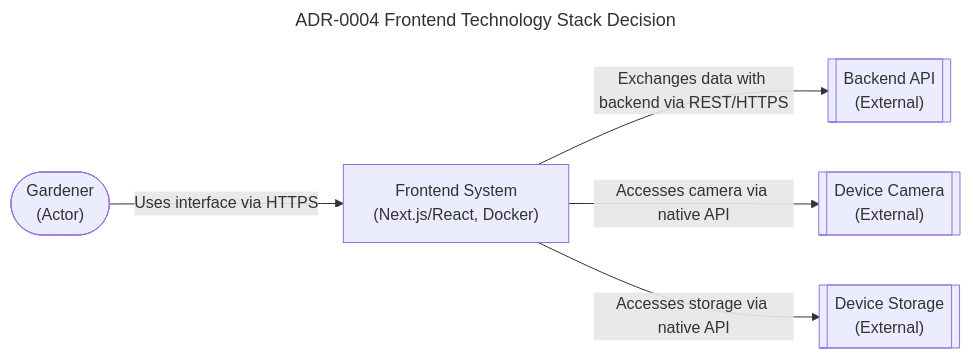
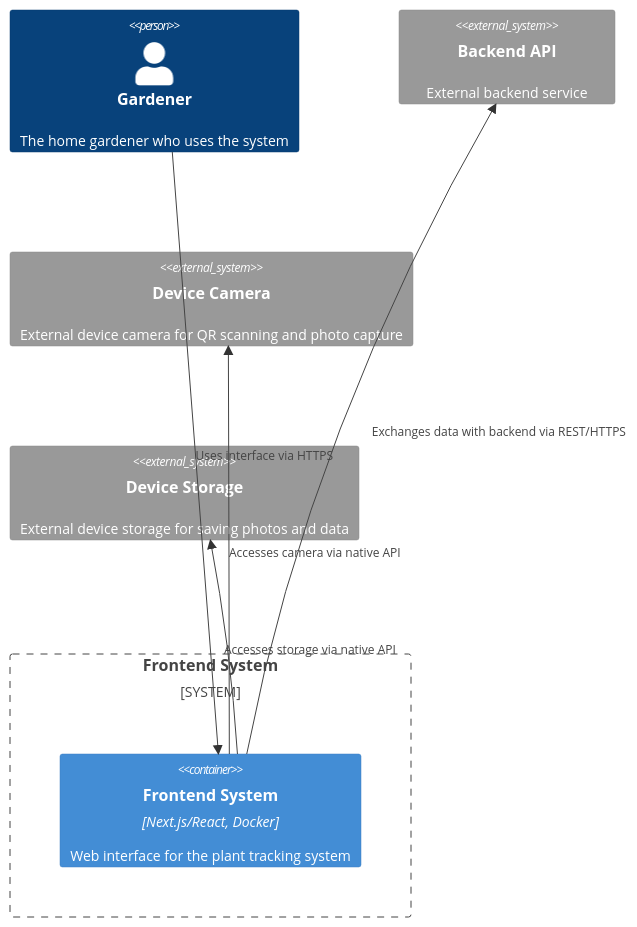
Before and after one commit to geraldthewes/plant-tracking: the diagram in knowledge/architecture/decisions/ADR-0004-frontend-technology-stack.md, drawn with Mermaid. The commit also changed other lines of this file and 12 other files, not shown here.

````diff
--- a/knowledge/architecture/decisions/ADR-0004-frontend-technology-stack.md
+++ b/knowledge/architecture/decisions/ADR-0004-frontend-technology-stack.md
@@ -81,16 +81,18 @@
 ```mermaid
 ---
 title: ADR-0004 Frontend Technology Stack Decision
 ---
-flowchart LR
-    gardener(["Gardener\n(Actor)"])
-    frontend["Frontend System\n(Next.js/React, Docker)"]
-    backend[["Backend API\n(External)"]]
-    camera[["Device Camera\n(External)"]]
-    storage[["Device Storage\n(External)"]]
+C4Container
+    Person(gardener, "Gardener", "The home gardener who uses the system")
+    System_Boundary(frontend_system, "Frontend System") {
+        Container(frontend_app, "Frontend System", "Next.js/React, Docker", "Web interface for the plant tracking system")
+    }
+    System_Ext(backend_api, "Backend API", "External backend service")
+    System_Ext(device_camera, "Device Camera", "External device camera for QR scanning and photo capture")
+    System_Ext(device_storage, "Device Storage", "External device storage for saving photos and data")
 
-    gardener -->|"Uses interface via HTTPS"| frontend
-    frontend -->|"Exchanges data with backend via REST/HTTPS"| backend
-    frontend -->|"Accesses camera via native API"| camera
-    frontend -->|"Accesses storage via native API"| storage
+    Rel(gardener, frontend_app, "Uses interface via HTTPS")
+    Rel(frontend_app, backend_api, "Exchanges data with backend via REST/HTTPS")
+    Rel(frontend_app, device_camera, "Accesses camera via native API")
+    Rel(frontend_app, device_storage, "Accesses storage via native API")
 ```
````
